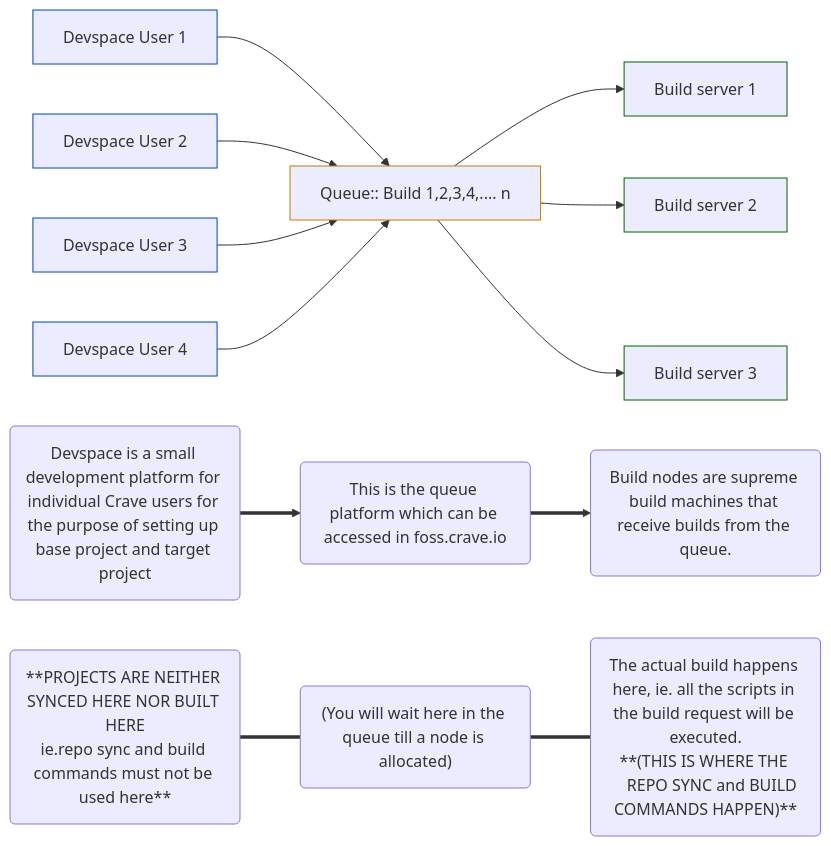
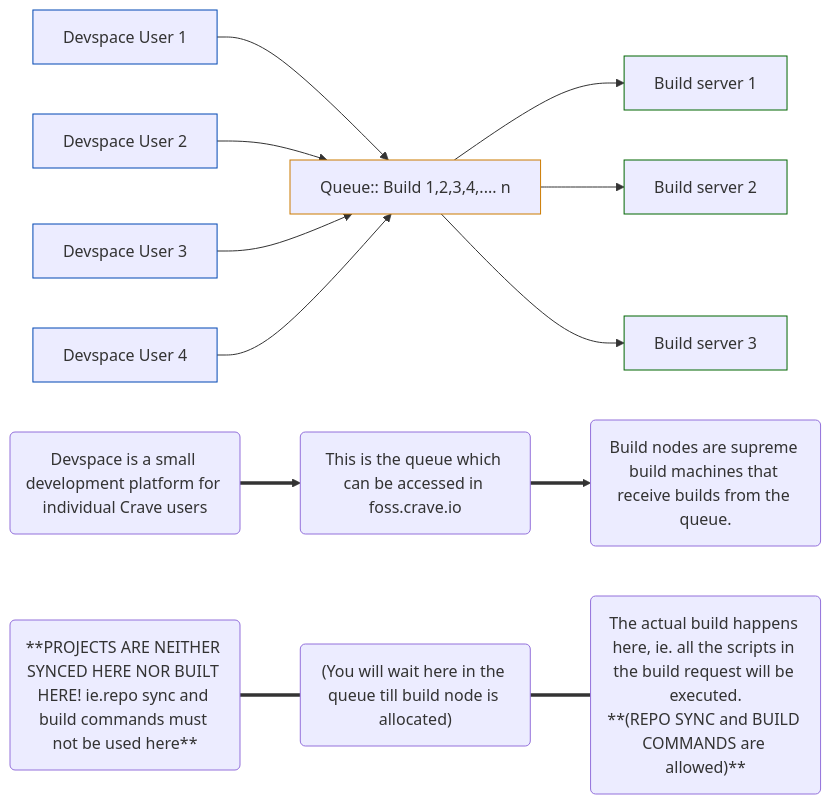
One commit to FOSSonTop/crave changed the diagram in getting-started/building-crave-run.md. Above: the diagram before and after it, drawn with Mermaid.

Commit message:
Crave run: Try to improve overflow

````diff
--- a/getting-started/building-crave-run.md
+++ b/getting-started/building-crave-run.md
@@ -10,36 +10,34 @@
 ```mermaid
 graph LR
     A[Devspace User 1] --> M
     B[Devspace User 2] --> M
     C[Devspace User 3] --> M
     D[Devspace User 4] --> M
 
     M[Queue:: Build 1,2,3,4,.... n]
 
     M --> E[Build server 1]
     M --> F[Build server 2]
     M --> G[Build server 3]
 
     style A stroke:#0047b3
     style B stroke:#0047b3
     style C stroke:#0047b3
     style D stroke:#0047b3
     
     style M stroke:#cc7a00
     
     style E stroke:#006600
     style F stroke:#006600
     style G stroke:#006600
 
-    P("Devspace is a small development platform for individual Crave users for the purpose of setting up base project and target project")
-    Q("This is the queue platform which can be accessed in foss.crave.io")
+    P("Devspace is a small development platform for individual Crave users")
+    Q("This is the queue which can be accessed in foss.crave.io<br>")
     R("Build nodes are supreme build machines that receive builds from the queue.")
 
-    S("**PROJECTS ARE NEITHER SYNCED HERE NOR BUILT HERE<br>ie.repo sync and build commands must not be used here**")
-    T("(You will wait here in the queue till a node is allocated)")
-    U("The actual build happens here, ie. all the scripts in the build request will be executed.<br>**(THIS IS WHERE THE 
-    REPO SYNC and BUILD COMMANDS HAPPEN)**")
-
+    S("**PROJECTS ARE NEITHER SYNCED HERE NOR BUILT HERE! ie.repo sync and build commands must not be used here**")
+    T("(You will wait here in the queue till build node is allocated)")
+    U("The actual build happens here, ie. all the scripts in the build request will be executed.<br>**(REPO SYNC and BUILD COMMANDS are allowed)**")
     P ==> Q ==> R
     S === T === U
 ```
````
